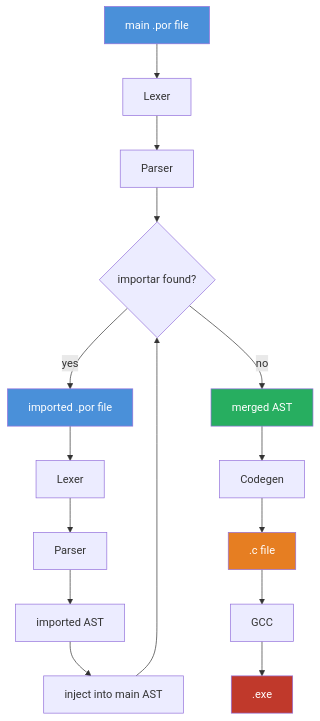
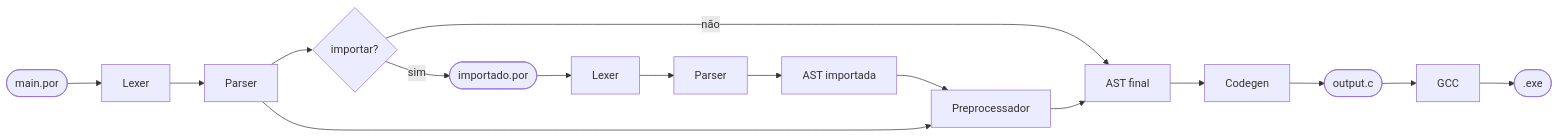
One commit to Gabriel-V-Maia/Interpretador-Portugol-C changed the diagram in README.md. Above: the diagram before and after it, drawn with Mermaid.

Commit message:
style: change pipeline diagram orientation to horizontal

````diff
--- a/README.md
+++ b/README.md
@@ -20,22 +20,10 @@
 ```mermaid
-graph TD
-    A[main .por file] --> B[Lexer]
-    B --> C[Parser]
-    C --> D{importar found?}
-    D -- yes --> E[imported .por file]
-    E --> F[Lexer]
-    F --> G[Parser]
-    G --> H[imported AST]
-    H --> I[inject into main AST]
-    I --> D
-    D -- no --> J[merged AST]
-    J --> K[Codegen]
-    K --> L[.c file]
-    L --> M[GCC]
-    M --> N[.exe]
-    style A fill:#4a90d9,color:#fff
-    style E fill:#4a90d9,color:#fff
-    style J fill:#27ae60,color:#fff
-    style L fill:#e67e22,color:#fff
-    style N fill:#c0392b,color:#fff
+flowchart LR
+    A([main.por]) --> B[Lexer] --> C[Parser] --> D{importar?}
+
+    D -->|não| K
+    D -->|sim| E([importado.por]) --> F[Lexer] --> G[Parser] --> H[AST importada] --> I[Preprocessador]
+
+    C --> I
+    I --> K[AST final] --> L[Codegen] --> M([output.c]) --> N[GCC] --> O([.exe])
 ```
````
